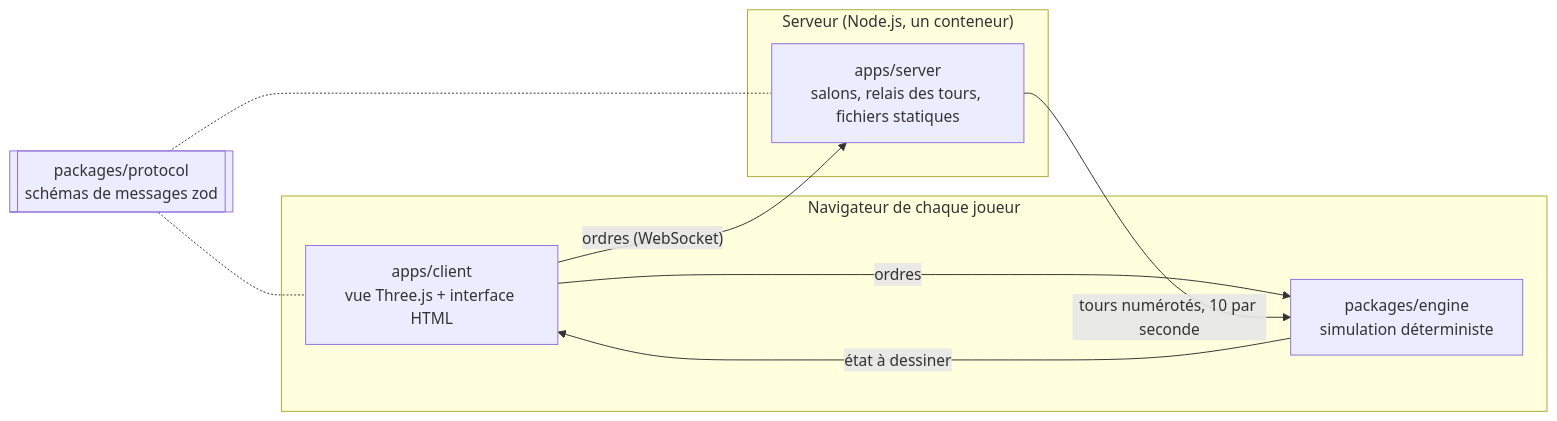
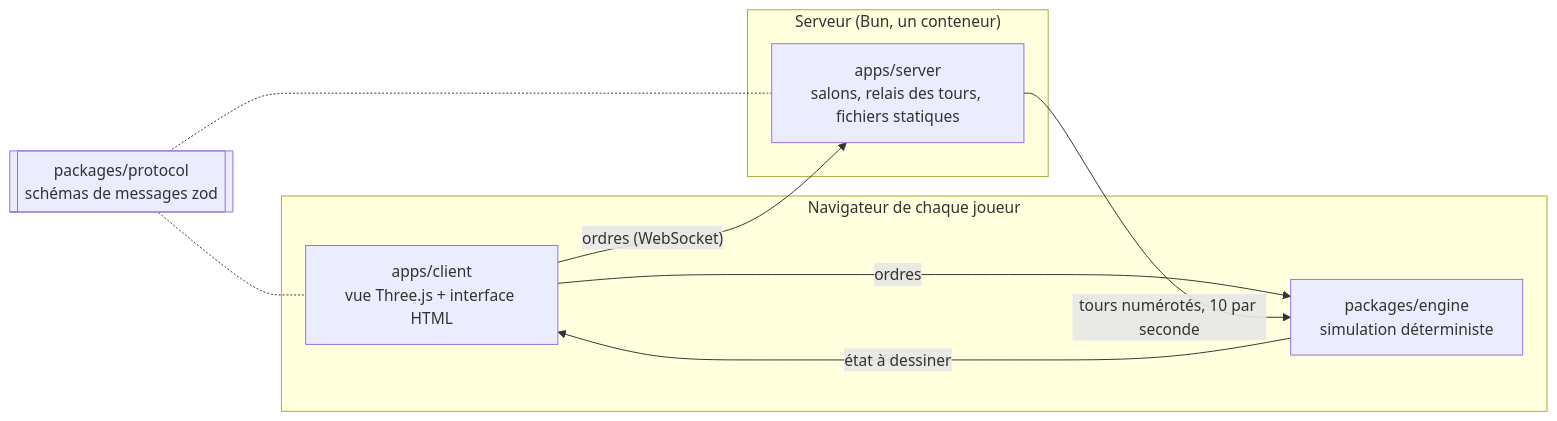
Before and after one commit to MohammadBnei/frontfall: the diagram in README.fr.md, drawn with Mermaid. The commit also changed 42 other files, not shown here.

````diff
--- a/README.fr.md
+++ b/README.fr.md
@@ -86,16 +86,16 @@
 ```mermaid
 flowchart LR
   subgraph Browser["Navigateur de chaque joueur"]
     UI["apps/client<br/>vue Three.js + interface HTML"]
     Engine["packages/engine<br/>simulation déterministe"]
     UI -- "ordres" --> Engine
     Engine -- "état à dessiner" --> UI
   end
-  subgraph Host["Serveur (Node.js, un conteneur)"]
+  subgraph Host["Serveur (Bun, un conteneur)"]
     Relay["apps/server<br/>salons, relais des tours, fichiers statiques"]
   end
   UI -- "ordres (WebSocket)" --> Relay
   Relay -- "tours numérotés, 10 par seconde" --> Engine
   Protocol[["packages/protocol<br/>schémas de messages zod"]] -.- UI
   Protocol -.- Relay
 ```
````
